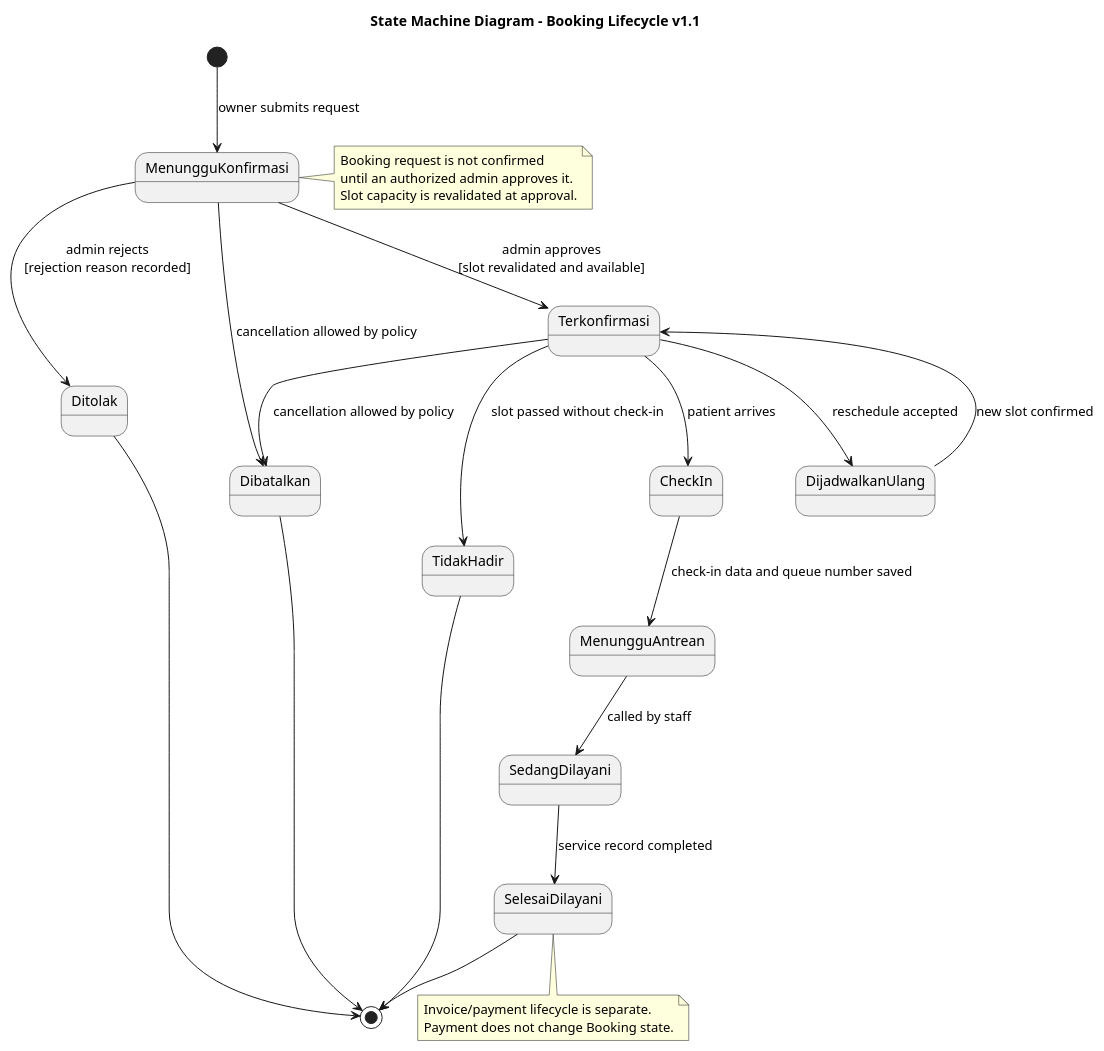
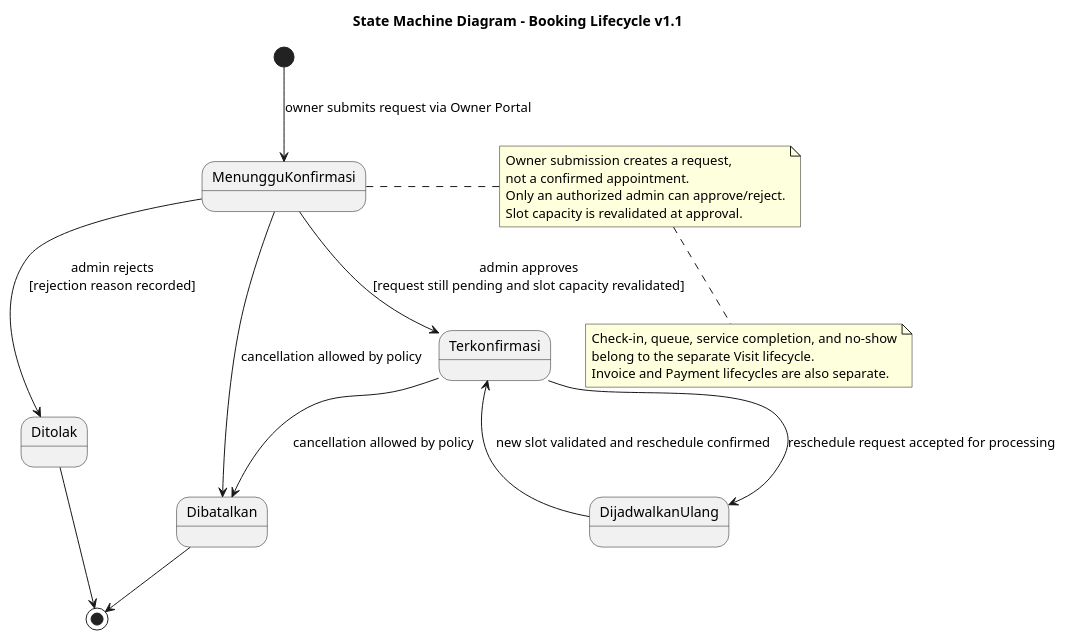
Before and after one commit to anggitasilmyy/rabbitcare-system-analysis: the diagram in plantuml/refinement/18_state_booking_v1.1.puml, drawn with PlantUML. The commit also changed 16 other files, not shown here.

First line of the commit message:
docs: refine RabbitCare analysis and UML diagrams v1.1

```diff
--- a/plantuml/refinement/18_state_booking_v1.1.puml
+++ b/plantuml/refinement/18_state_booking_v1.1.puml
@@ -1,36 +1,30 @@
 @startuml
 skinparam shadowing false
 title State Machine Diagram - Booking Lifecycle v1.1
 
-[*] --> MenungguKonfirmasi : owner submits request
+[*] --> MenungguKonfirmasi : owner submits request via Owner Portal
 
-MenungguKonfirmasi --> Terkonfirmasi : admin approves\n[slot revalidated and available]
+MenungguKonfirmasi --> Terkonfirmasi : admin approves\n[request still pending and slot capacity revalidated]
 MenungguKonfirmasi --> Ditolak : admin rejects\n[rejection reason recorded]
 MenungguKonfirmasi --> Dibatalkan : cancellation allowed by policy
 
-Terkonfirmasi --> DijadwalkanUlang : reschedule accepted
-DijadwalkanUlang --> Terkonfirmasi : new slot confirmed
+Terkonfirmasi --> DijadwalkanUlang : reschedule request accepted for processing
+DijadwalkanUlang --> Terkonfirmasi : new slot validated and reschedule confirmed
 Terkonfirmasi --> Dibatalkan : cancellation allowed by policy
-Terkonfirmasi --> TidakHadir : slot passed without check-in
-Terkonfirmasi --> CheckIn : patient arrives
-
-CheckIn --> MenungguAntrean : check-in data and queue number saved
-MenungguAntrean --> SedangDilayani : called by staff
-SedangDilayani --> SelesaiDilayani : service record completed
 
 Ditolak --> [*]
 Dibatalkan --> [*]
-TidakHadir --> [*]
-SelesaiDilayani --> [*]
 
 note right of MenungguKonfirmasi
-  Booking request is not confirmed
-  until an authorized admin approves it.
+  Owner submission creates a request,
+  not a confirmed appointment.
+  Only an authorized admin can approve/reject.
   Slot capacity is revalidated at approval.
 end note
 
-note bottom of SelesaiDilayani
-  Invoice/payment lifecycle is separate.
-  Payment does not change Booking state.
+note bottom
+  Check-in, queue, service completion, and no-show
+  belong to the separate Visit lifecycle.
+  Invoice and Payment lifecycles are also separate.
 end note
 @enduml
```
